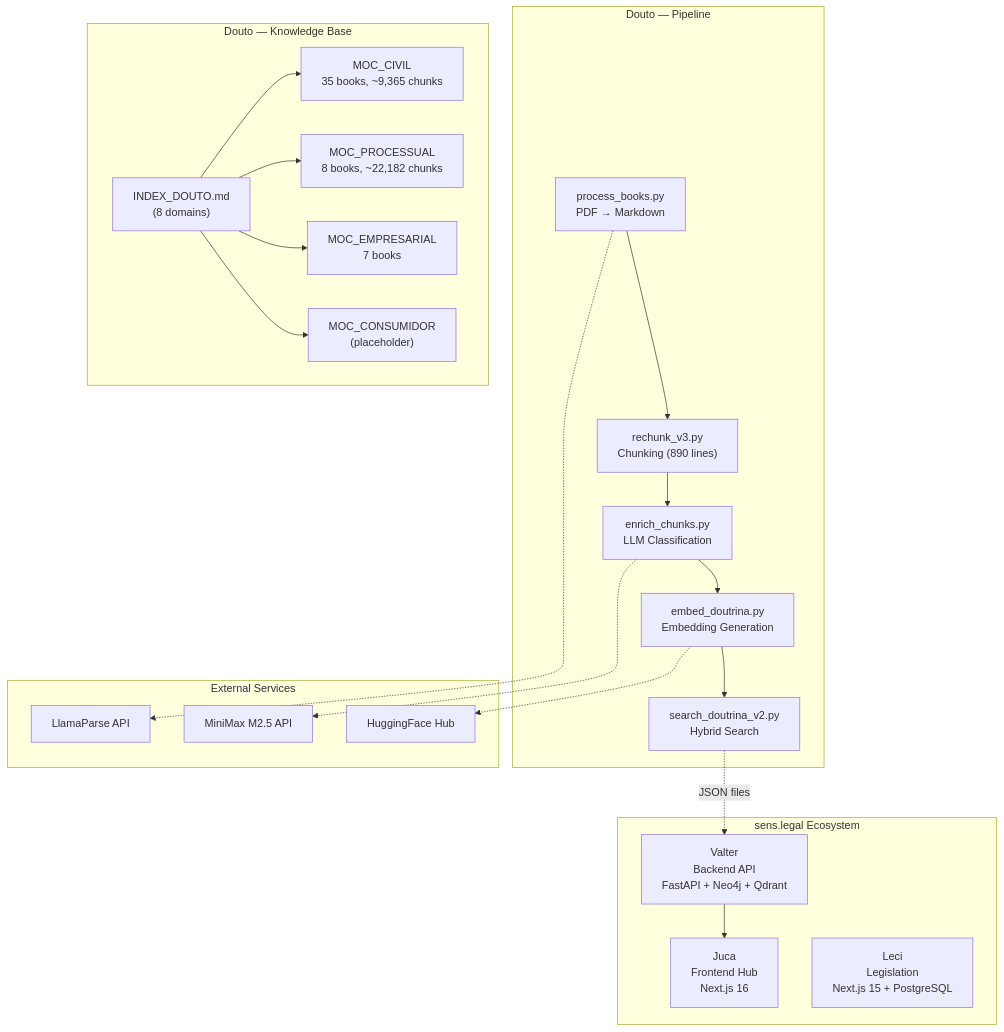
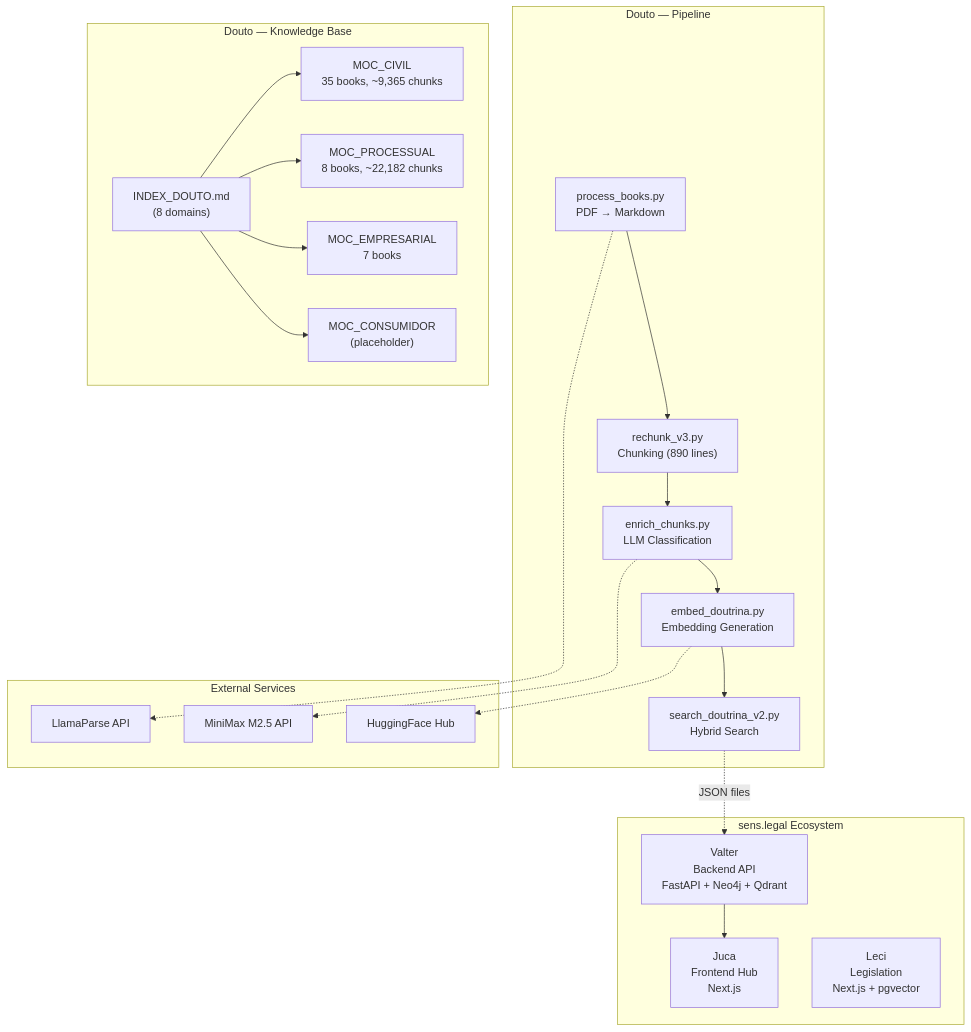
The second of 7 diagrams in sites/douto/src/content/docs/architecture/diagrams.md (sensdiego/sens.legal), drawn with Mermaid before and after one commit. The commit also changed other lines of this file and 10 other files, not shown here.

First line of the commit message:
docs(douto): sync updated docs — fix Valter count, Leci/Juca stacks

````diff
--- a/sites/douto/src/content/docs/architecture/diagrams.md
+++ b/sites/douto/src/content/docs/architecture/diagrams.md
@@ -37,38 +37,38 @@
 ```mermaid
 graph TB
     subgraph "Douto — Pipeline"
         PB["process_books.py<br/>PDF → Markdown"]
         RC["rechunk_v3.py<br/>Chunking (890 lines)"]
         EN["enrich_chunks.py<br/>LLM Classification"]
         EM["embed_doutrina.py<br/>Embedding Generation"]
         SE["search_doutrina_v2.py<br/>Hybrid Search"]
     end
 
     subgraph "Douto — Knowledge Base"
         IX["INDEX_DOUTO.md<br/>(8 domains)"]
         MC["MOC_CIVIL<br/>35 books, ~9,365 chunks"]
         MP["MOC_PROCESSUAL<br/>8 books, ~22,182 chunks"]
         ME["MOC_EMPRESARIAL<br/>7 books"]
         MCo["MOC_CONSUMIDOR<br/>(placeholder)"]
     end
 
     subgraph "sens.legal Ecosystem"
         VA["Valter<br/>Backend API<br/>FastAPI + Neo4j + Qdrant"]
-        JU["Juca<br/>Frontend Hub<br/>Next.js 16"]
-        LE["Leci<br/>Legislation<br/>Next.js 15 + PostgreSQL"]
+        JU["Juca<br/>Frontend Hub<br/>Next.js"]
+        LE["Leci<br/>Legislation<br/>Next.js + pgvector"]
     end
 
     subgraph "External Services"
         LP["LlamaParse API"]
         MM["MiniMax M2.5 API"]
         HF["HuggingFace Hub"]
     end
 
     PB --> RC --> EN --> EM --> SE
     SE -.->|"JSON files"| VA
     VA --> JU
     IX --> MC & MP & ME & MCo
     PB -.-> LP
     EN -.-> MM
     EM -.-> HF
 ```
````
